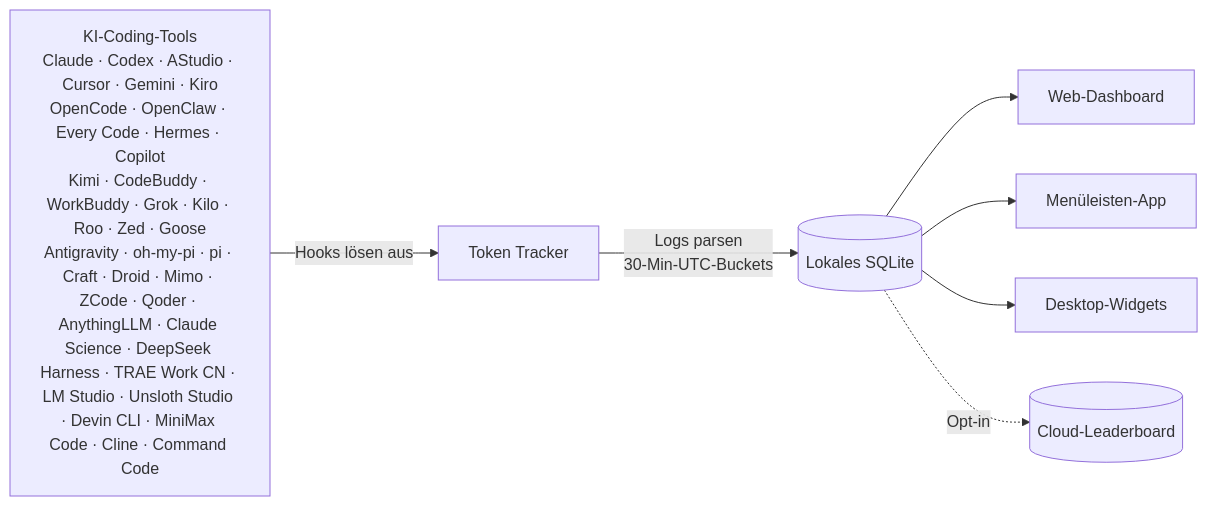
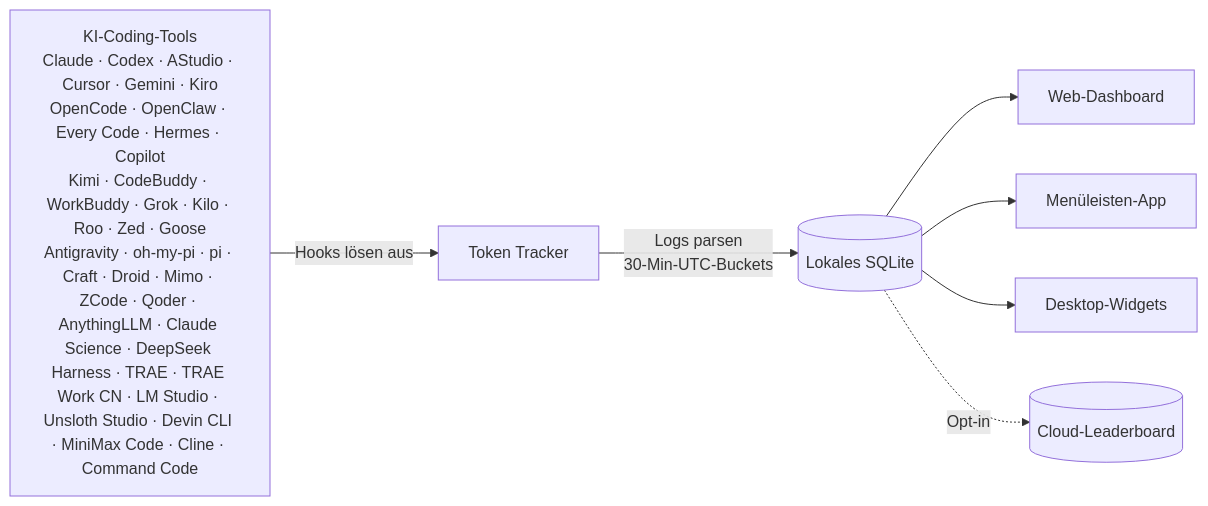
One commit to Aclguh/TokenTracker changed the diagram in README.de.md. Above: the diagram before and after it, drawn with Mermaid. The commit also changed other lines of this file and 50 other files, not shown here.

````diff
--- a/README.de.md
+++ b/README.de.md
@@ -247,10 +248,10 @@
 ```mermaid
 flowchart LR
-    A["KI-Coding-Tools<br/>Claude · Codex · AStudio · Cursor · Gemini · Kiro<br/>OpenCode · OpenClaw · Every Code · Hermes · Copilot<br/>Kimi · CodeBuddy · WorkBuddy · Grok · Kilo · Roo · Zed · Goose<br/>Antigravity · oh-my-pi · pi · Craft · Droid · Mimo · ZCode · Qoder · AnythingLLM · Claude Science · DeepSeek Harness · TRAE Work CN · LM Studio · Unsloth Studio · Devin CLI · MiniMax Code · Cline · Command Code"]
+    A["KI-Coding-Tools<br/>Claude · Codex · AStudio · Cursor · Gemini · Kiro<br/>OpenCode · OpenClaw · Every Code · Hermes · Copilot<br/>Kimi · CodeBuddy · WorkBuddy · Grok · Kilo · Roo · Zed · Goose<br/>Antigravity · oh-my-pi · pi · Craft · Droid · Mimo · ZCode · Qoder · AnythingLLM · Claude Science · DeepSeek Harness · TRAE · TRAE Work CN · LM Studio · Unsloth Studio · Devin CLI · MiniMax Code · Cline · Command Code"]
     A -->|Hooks lösen aus| B[Token Tracker]
     B -->|Logs parsen<br/>30-Min-UTC-Buckets| C[(Lokales SQLite)]
     C --> D[Web-Dashboard]
     C --> E[Menüleisten-App]
     C --> F[Desktop-Widgets]
     C -.->|Opt-in| G[(Cloud-Leaderboard)]
 ```
````
